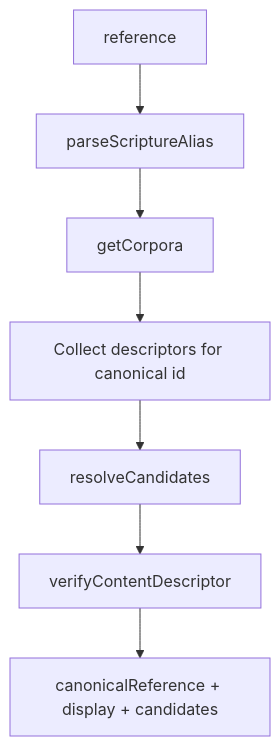
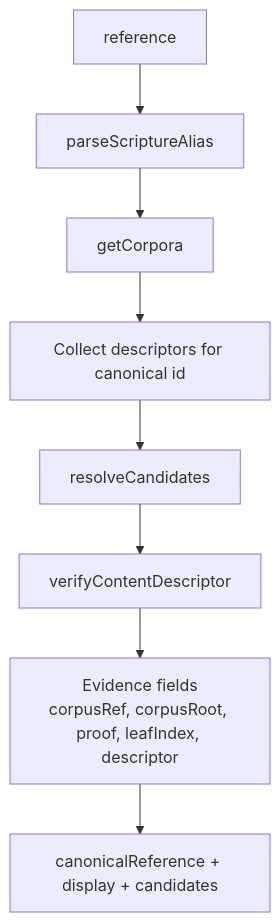
Before and after one commit to rpedersen3/verifiable-content-demo: the second of 7 diagrams in documents/technical-architecture.md, drawn with Mermaid. The commit also changed other lines of this file and 9 other files, not shown here.

````diff
--- a/documents/technical-architecture.md
+++ b/documents/technical-architecture.md
@@ -79,12 +104,14 @@
 ```mermaid
 flowchart TD
   Body["reference"]
   Parse["parseScriptureAlias"]
   Corpora["getCorpora"]
   Descriptors["Collect descriptors for canonical id"]
   Resolve["resolveCandidates"]
   Verify["verifyContentDescriptor"]
   Response["canonicalReference + display + candidates"]
 
-  Body --> Parse --> Corpora --> Descriptors --> Resolve --> Verify --> Response
+  Evidence["Evidence fields\ncorpusRef, corpusRoot, proof, leafIndex, descriptor"]
+
+  Body --> Parse --> Corpora --> Descriptors --> Resolve --> Verify --> Evidence --> Response
 ```
````
